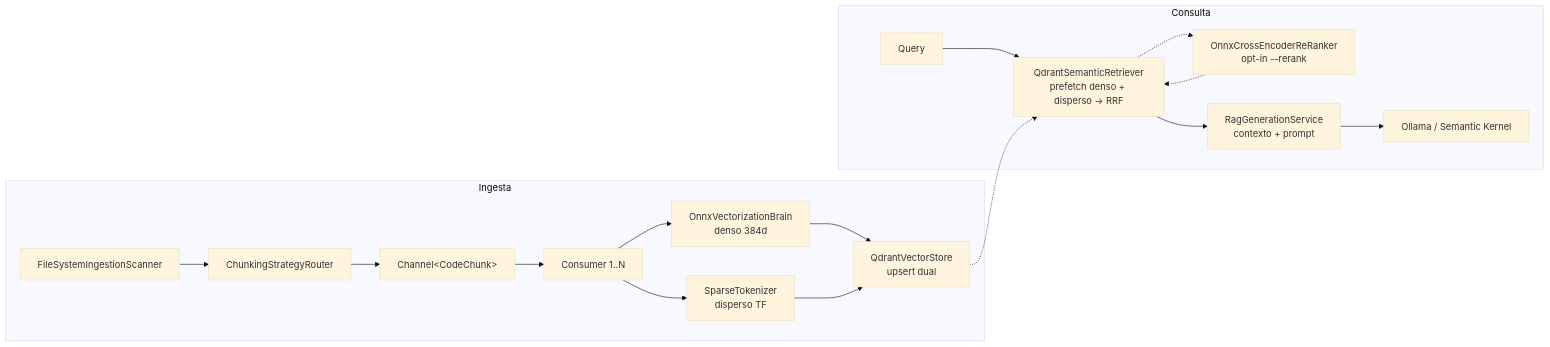
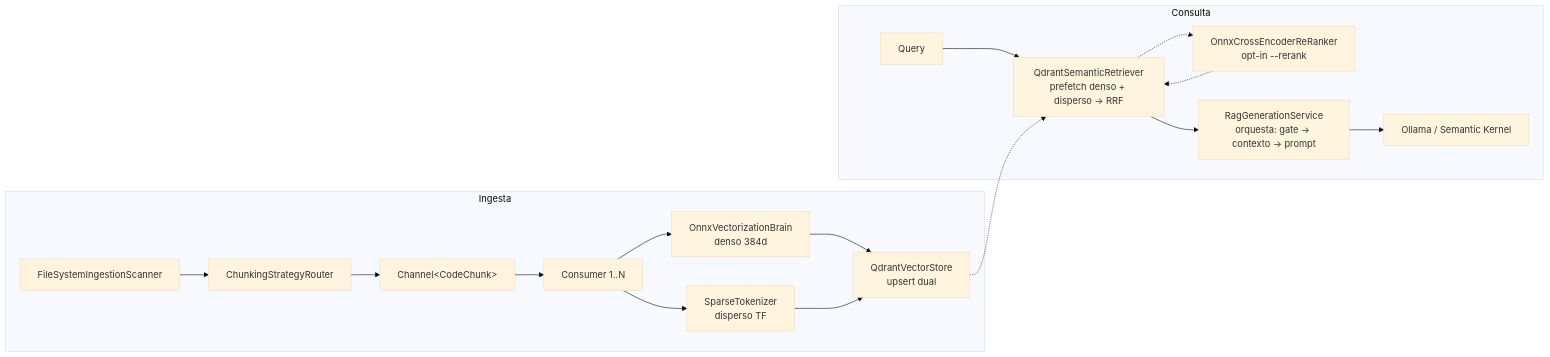
One commit to DanielWueno/Rag.Context.Engine changed the diagram in docs/arquitectura.md. Above: the diagram before and after it, drawn with Mermaid (base theme). The commit also changed other lines of this file and 19 other files, not shown here.

First line of the commit message:
refactor(2.2): partir RagGenerationService en cinco responsabilidades

````diff
--- a/docs/arquitectura.md
+++ b/docs/arquitectura.md
@@ -12,19 +12,19 @@
 ```mermaid
 flowchart LR
     subgraph Ingesta
         A[FileSystemIngestionScanner] --> B[ChunkingStrategyRouter]
         B --> C[Channel&lt;CodeChunk&gt;]
         C --> D1[Consumer 1..N]
         D1 --> E[OnnxVectorizationBrain<br/>denso 384d]
         D1 --> F[SparseTokenizer<br/>disperso TF]
         E & F --> G[QdrantVectorStore<br/>upsert dual]
     end
     subgraph Consulta
         Q[Query] --> R[QdrantSemanticRetriever<br/>prefetch denso + disperso → RRF]
         R -.-> RR[OnnxCrossEncoderReRanker<br/>opt-in --rerank]
         RR -.-> R
-        R --> S[RagGenerationService<br/>contexto + prompt]
+        R --> S[RagGenerationService<br/>orquesta: gate → contexto → prompt]
         S --> T[Ollama / Semantic Kernel]
     end
     G -.-> R
 ```
````
